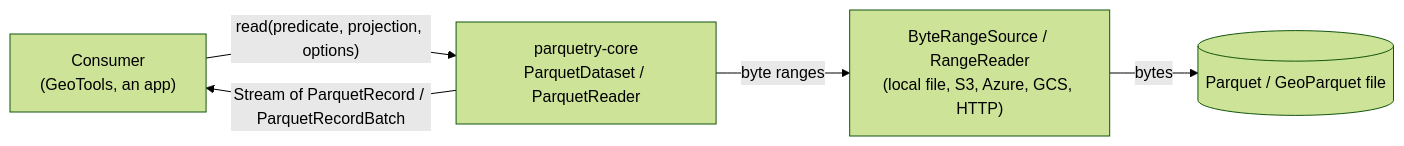
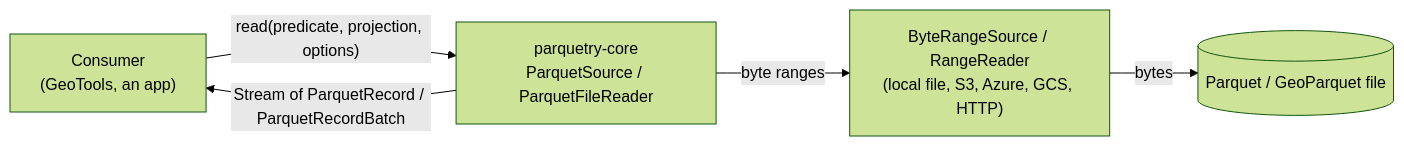
Before and after one commit to tileverse-io/parquetry: the first of 7 diagrams in docs/read-path.md, drawn with Mermaid (forest theme). The commit also changed other lines of this file and 202 other files, not shown here.

````diff
--- a/docs/read-path.md
+++ b/docs/read-path.md
@@ -18,12 +18,12 @@
 ```mermaid
 flowchart LR
     consumer["Consumer<br/>(GeoTools, an app)"]
-    core["parquetry-core<br/>ParquetDataset / ParquetReader"]
+    core["parquetry-core<br/>ParquetSource / ParquetFileReader"]
     source["ByteRangeSource / RangeReader<br/>(local file, S3, Azure, GCS, HTTP)"]
     file[("Parquet / GeoParquet file")]
 
     consumer -->|"read(predicate, projection, options)"| core
     core -->|"byte ranges"| source
     source -->|"bytes"| file
     core -->|"Stream of ParquetRecord / ParquetRecordBatch"| consumer
 ```
````
